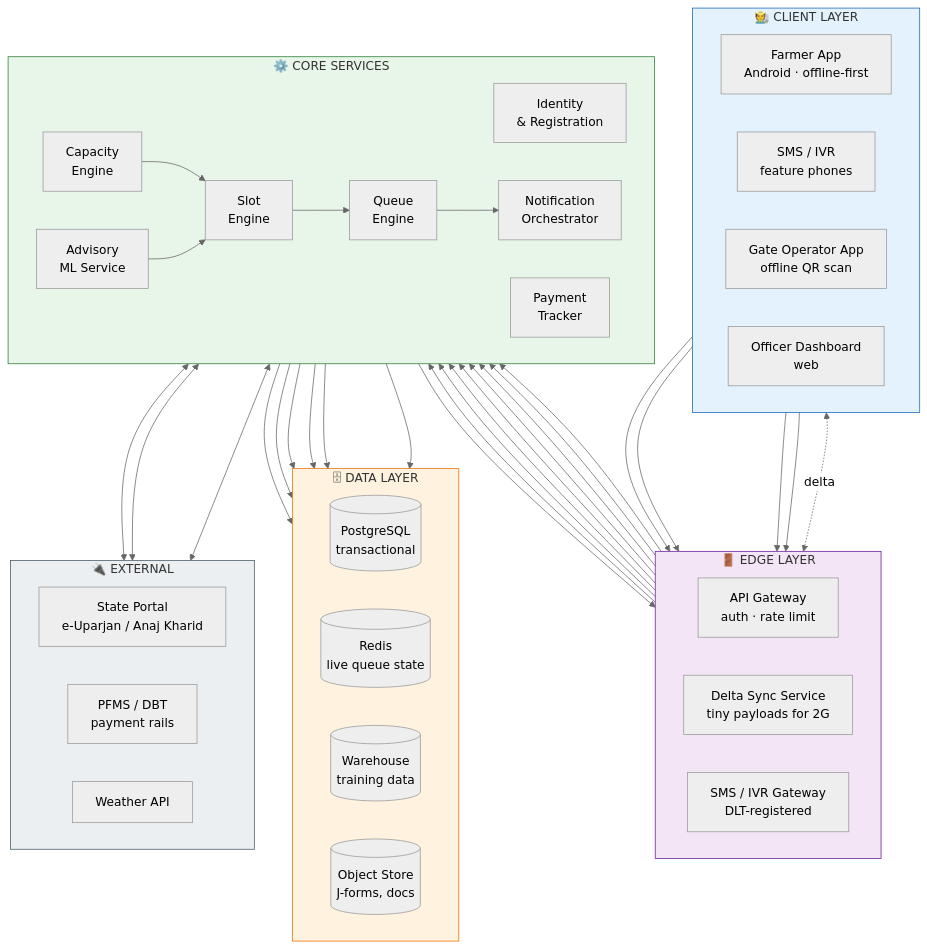
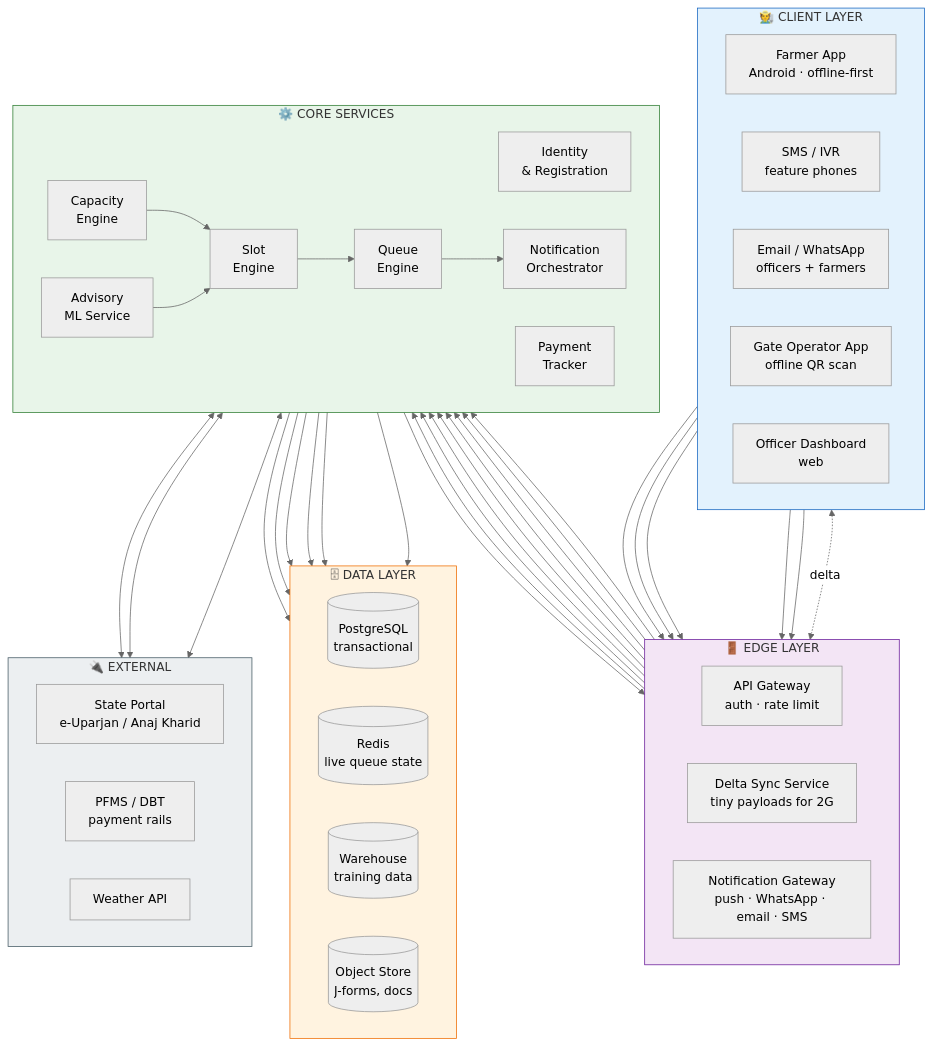
The third of 18 diagrams in README.md (PanavPatel06/SIH2026), drawn with Mermaid (neutral theme) before and after one commit. The commit also changed other lines of this file and 52 other files, not shown here.

````diff
--- a/README.md
+++ b/README.md
@@ -113,74 +113,76 @@
 ```mermaid
 flowchart TB
     subgraph CL["🧑‍🌾 CLIENT LAYER"]
         direction LR
         APP["Farmer App<br/>Android · offline-first"]
         SMS["SMS / IVR<br/>feature phones"]
+        MAIL["Email / WhatsApp<br/>officers + farmers"]
         GATE["Gate Operator App<br/>offline QR scan"]
         DASH["Officer Dashboard<br/>web"]
     end
 
     subgraph EDGE["🚪 EDGE LAYER"]
         direction LR
         GW["API Gateway<br/>auth · rate limit"]
         SYNC["Delta Sync Service<br/>tiny payloads for 2G"]
-        SMSGW["SMS / IVR Gateway<br/>DLT-registered"]
+        SMSGW["Notification Gateway<br/>push · WhatsApp · email · SMS"]
     end
 
     subgraph CORE["⚙️ CORE SERVICES"]
         direction LR
         ID["Identity<br/>& Registration"]
         CAP["Capacity<br/>Engine"]
         SLOT["Slot<br/>Engine"]
         QUEUE["Queue<br/>Engine"]
         NOTIF["Notification<br/>Orchestrator"]
         PAY["Payment<br/>Tracker"]
         ADV["Advisory<br/>ML Service"]
     end
 
     subgraph DATA["🗄 DATA LAYER"]
         direction LR
         PG[("PostgreSQL<br/>transactional")]
         RD[("Redis<br/>live queue state")]
         WH[("Warehouse<br/>training data")]
         OBJ[("Object Store<br/>J-forms, docs")]
     end
 
     subgraph EXT["🔌 EXTERNAL"]
         direction LR
         STATE["State Portal<br/>e-Uparjan / Anaj Kharid"]
         PFMS["PFMS / DBT<br/>payment rails"]
         WX["Weather API"]
     end
 
     APP --> GW
     GATE --> GW
     DASH --> GW
     SMS --> SMSGW
+    MAIL --> SMSGW
     APP <-.delta.-> SYNC
 
     GW --> ID & SLOT & QUEUE & PAY
     SYNC --> SLOT & QUEUE & ADV
     SMSGW --> NOTIF
 
     CAP --> SLOT
     SLOT --> QUEUE
     QUEUE --> NOTIF
     ADV --> SLOT
     NOTIF --> SMSGW
 
     ID & SLOT & PAY --> PG
     QUEUE --> RD
     ADV --> WH
     PAY --> OBJ
 
     PAY <--> PFMS
     ID <--> STATE
     ADV <--> WX
 
     style CL fill:#e3f2fd,stroke:#1565c0
     style EDGE fill:#f3e5f5,stroke:#6a1b9a
     style CORE fill:#e8f5e9,stroke:#2e7d32
     style DATA fill:#fff3e0,stroke:#ef6c00
     style EXT fill:#eceff1,stroke:#455a64
 ```
````
